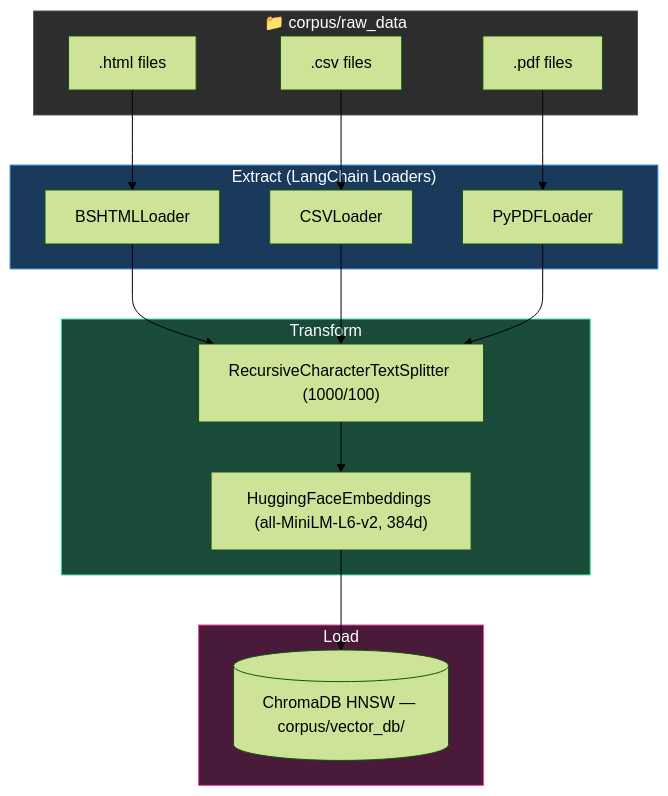
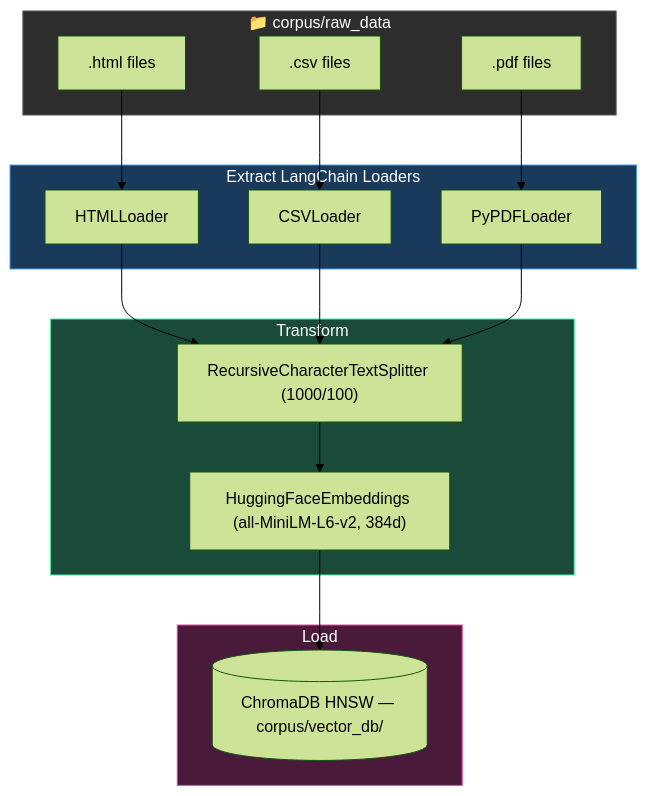
Before and after one commit to garthmortensen/rag_v1: the diagram in docs/garth/phase_2.md, drawn with Mermaid (forest theme). The commit also changed other lines of this file and 2 other files, not shown here.

Commit message:
feat(loaders): implement langchain community loaders which use strategy pattern to load correct file ext loader, parse into docs, which is called by dir loader, called by pipeline

````diff
--- a/docs/garth/phase_2.md
+++ b/docs/garth/phase_2.md
@@ -20,39 +20,39 @@
 ```mermaid
 graph TD
     subgraph Input["📁 corpus/raw_data"]
         HTML[".html files"]
         CSV[".csv files"]
         PDF[".pdf files"]
     end
 
-    subgraph Extract["Extract (LangChain Loaders)"]
-        BS4["BSHTMLLoader"]
+    subgraph Extract["Extract LangChain Loaders"]
+        BS4["HTMLLoader"]
         PD["CSVLoader"]
         PY["PyPDFLoader"]
     end
 
     subgraph Transform["Transform"]
         Chunk["RecursiveCharacterTextSplitter (1000/100)"]
         Embed["HuggingFaceEmbeddings (all-MiniLM-L6-v2, 384d)"]
     end
 
     subgraph Load["Load"]
         Chroma[("ChromaDB HNSW — corpus/vector_db/")]
     end
 
     HTML --> BS4
     CSV --> PD
     PDF --> PY
 
     BS4 --> Chunk
     PD --> Chunk
     PY --> Chunk
 
     Chunk --> Embed
     Embed --> Chroma
 
     style Input fill:#2d2d2d,stroke:#555,color:#fff
     style Extract fill:#1a3a5c,stroke:#4a9eed,color:#fff
     style Transform fill:#1a4a3a,stroke:#4aed9e,color:#fff
     style Load fill:#4a1a3a,stroke:#ed4a9e,color:#fff
 ```
````
